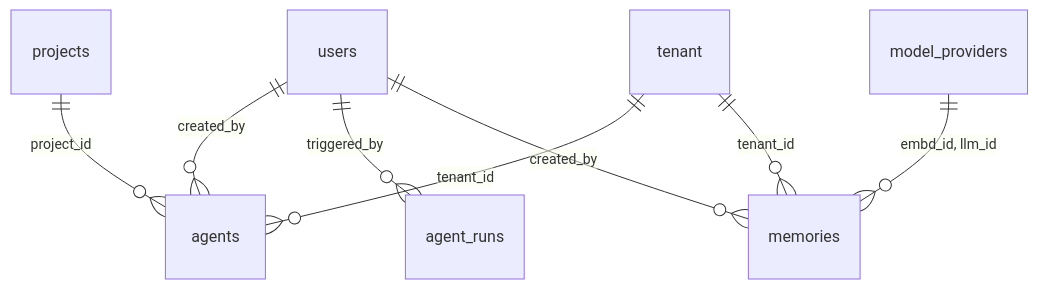
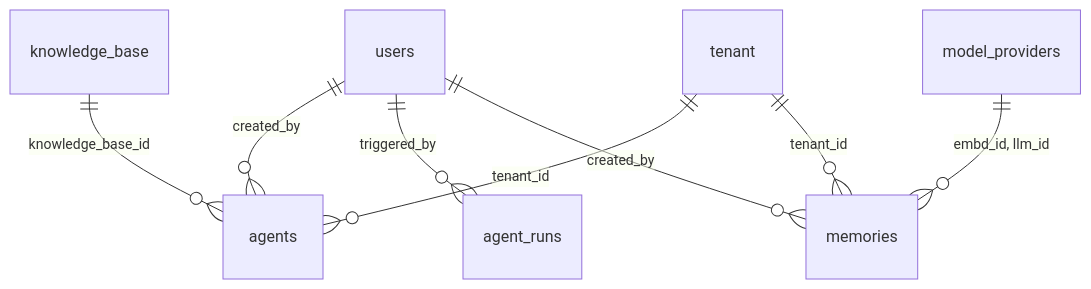
Before and after one commit to b-knowledge-solution/b-knowledge: the third of 3 diagrams in docs/basic-design/database/database-design-agents-memory.md, drawn with Mermaid. The commit also changed other lines of this file and 48 other files, not shown here.

````diff
--- a/docs/basic-design/database/database-design-agents-memory.md
+++ b/docs/basic-design/database/database-design-agents-memory.md
@@ -200,10 +200,10 @@
 ```mermaid
 erDiagram
     users ||--o{ agents : "created_by"
     users ||--o{ agent_runs : "triggered_by"
     users ||--o{ memories : "created_by"
-    projects ||--o{ agents : "project_id"
+    knowledge_base ||--o{ agents : "knowledge_base_id"
     tenant ||--o{ agents : "tenant_id"
     tenant ||--o{ memories : "tenant_id"
     model_providers ||--o{ memories : "embd_id, llm_id"
 ```
````
